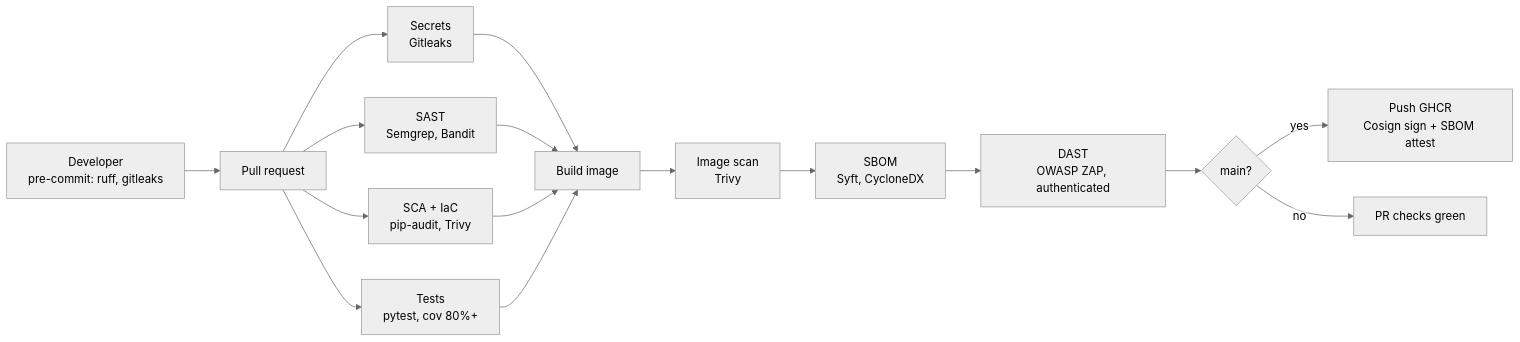
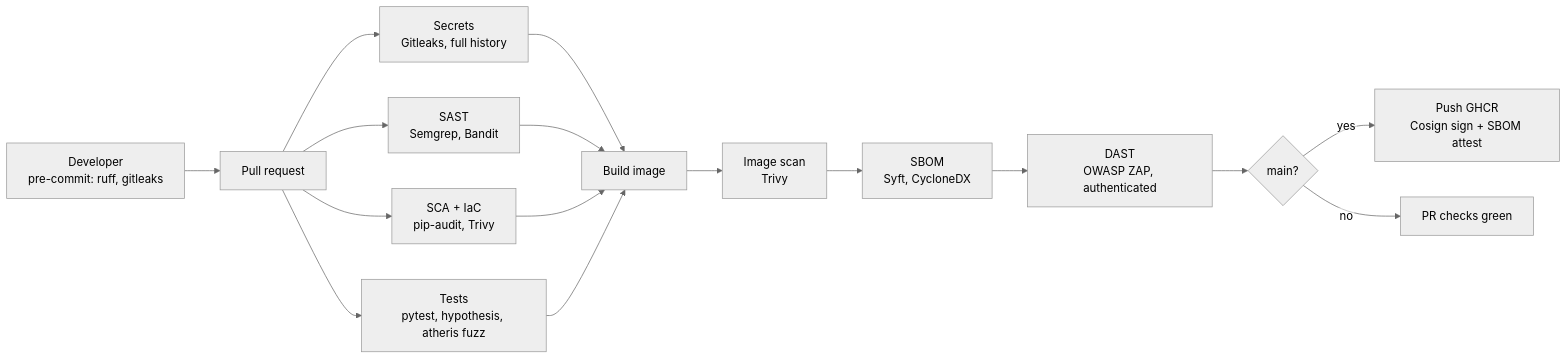
The diagram in README.md (VitorLRamalho/secure-tasks-api), drawn with Mermaid (neutral theme) before and after one commit. The commit also changed other lines of this file and 3 other files, not shown here.

````diff
--- a/README.md
+++ b/README.md
@@ -17,15 +21,15 @@
 ```mermaid
 %%{init: {"flowchart": {"htmlLabels": false}}}%%
 flowchart LR
     DEV["Developer\npre-commit: ruff, gitleaks"] --> PR[Pull request]
-    PR --> SEC["Secrets\nGitleaks"]
+    PR --> SEC["Secrets\nGitleaks, full history"]
     PR --> SAST["SAST\nSemgrep, Bandit"]
     PR --> SCA["SCA + IaC\npip-audit, Trivy"]
-    PR --> TEST["Tests\npytest, cov 80%+"]
+    PR --> TEST["Tests\npytest, hypothesis, atheris fuzz"]
     SEC & SAST & SCA & TEST --> BUILD["Build image"]
     BUILD --> IMG["Image scan\nTrivy"] --> SBOM["SBOM\nSyft, CycloneDX"]
     SBOM --> DAST["DAST\nOWASP ZAP, authenticated"]
     DAST --> MAIN{main?}
     MAIN -- yes --> REL["Push GHCR\nCosign sign + SBOM attest"]
     MAIN -- no --> DONE[PR checks green]
 ```
````
